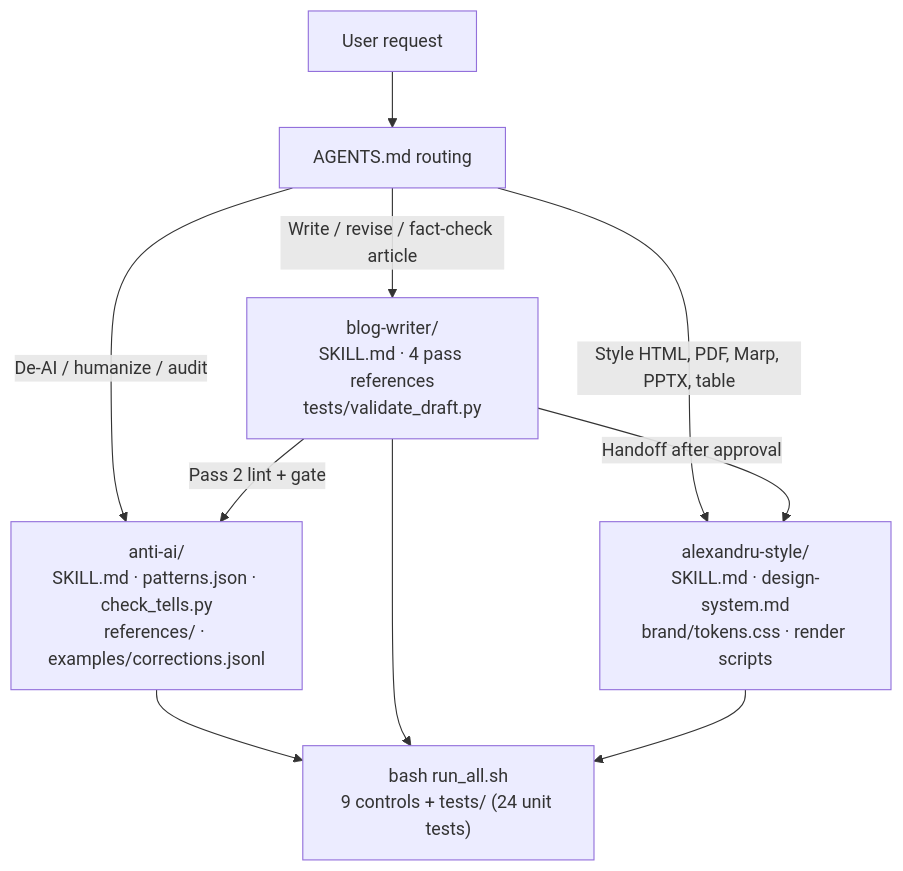
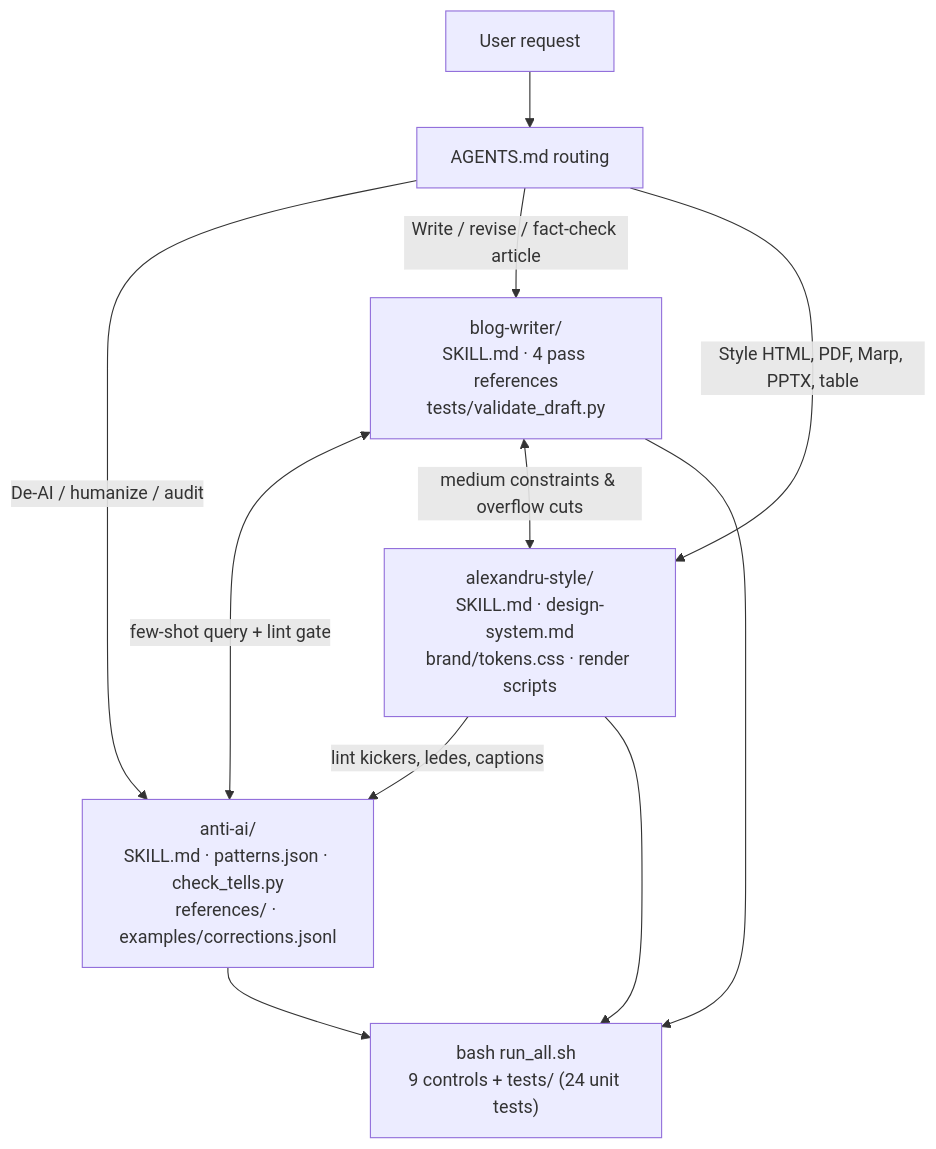
Before and after one commit to alexandrugris/alex-public-skills-collection: the first of 3 diagrams in README.md, drawn with Mermaid. The commit also changed other lines of this file, not shown here.

````diff
--- a/README.md
+++ b/README.md
@@ -19,13 +19,14 @@
 ```mermaid
 flowchart TB
     U["User request"] --> AG["AGENTS.md routing"]
     AG -->|"De-AI / humanize / audit"| AA["anti-ai/<br/>SKILL.md · patterns.json · check_tells.py<br/>references/ · examples/corrections.jsonl"]
     AG -->|"Write / revise / fact-check article"| BW["blog-writer/<br/>SKILL.md · 4 pass references<br/>tests/validate_draft.py"]
     AG -->|"Style HTML, PDF, Marp, PPTX, table"| AS["alexandru-style/<br/>SKILL.md · design-system.md<br/>brand/tokens.css · render scripts"]
 
-    BW -->|"Pass 2 lint + gate"| AA
-    BW -->|"Handoff after approval"| AS
+    BW <-->|"few-shot query + lint gate"| AA
+    BW <-->|"medium constraints & overflow cuts"| AS
+    AS -->|"lint kickers, ledes, captions"| AA
     AA --> GATE["bash run_all.sh<br/>9 controls + tests/ (24 unit tests)"]
     BW --> GATE
     AS --> GATE
 ```
````
